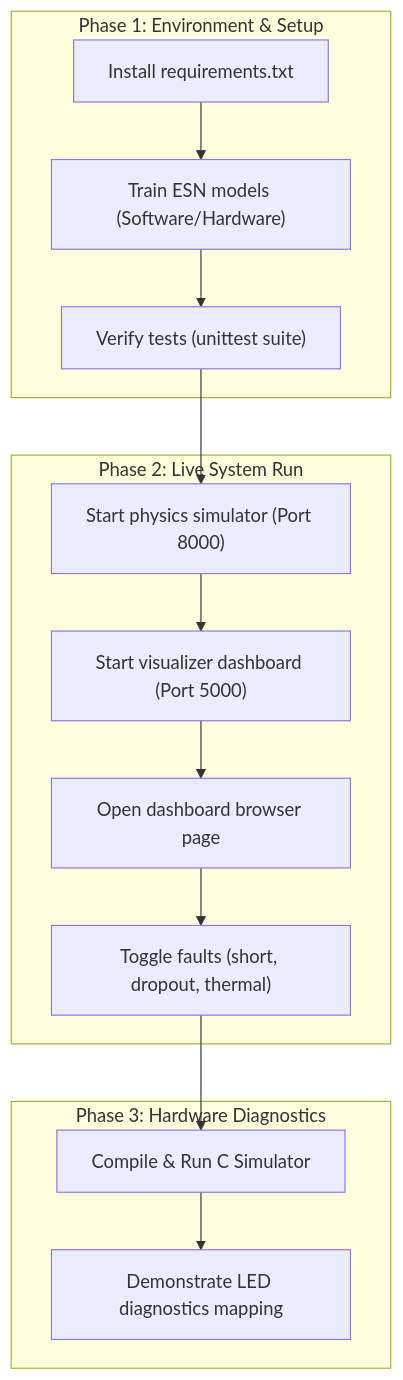
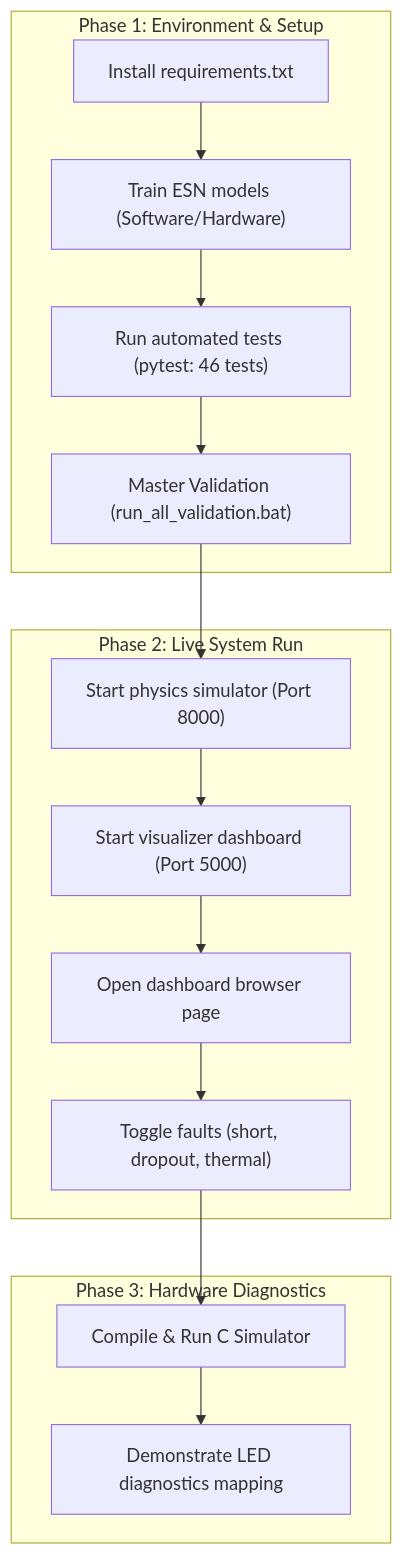
The diagram in docs/Resources/DEMO_CHECKLIST.md (tanish-jain-225/Battery_State_Estimator_BE_Project_2026_2027), drawn with Mermaid before and after one commit. The commit also changed other lines of this file and 36 other files, not shown here.

````diff
--- a/docs/Resources/DEMO_CHECKLIST.md
+++ b/docs/Resources/DEMO_CHECKLIST.md
@@ -15,29 +15,31 @@
 ```mermaid
 flowchart TD
     subgraph Phase 1: Environment & Setup
         Setup_1["Install requirements.txt"]
         Setup_2["Train ESN models (Software/Hardware)"]
-        Setup_3["Verify tests (unittest suite)"]
+        Setup_3["Run automated tests (pytest: 46 tests)"]
+        Setup_4["Master Validation (run_all_validation.bat)"]
         Setup_1 --> Setup_2
         Setup_2 --> Setup_3
+        Setup_3 --> Setup_4
     end
 
     subgraph Phase 2: Live System Run
         Run_1["Start physics simulator (Port 8000)"]
         Run_2["Start visualizer dashboard (Port 5000)"]
         Run_3["Open dashboard browser page"]
         Run_4["Toggle faults (short, dropout, thermal)"]
         Run_1 --> Run_2
         Run_2 --> Run_3
         Run_3 --> Run_4
     end
 
     subgraph Phase 3: Hardware Diagnostics
         HW_1["Compile & Run C Simulator"]
         HW_2["Demonstrate LED diagnostics mapping"]
         HW_1 --> HW_2
     end
 
-    Setup_3 --> Run_1
+    Setup_4 --> Run_1
     Run_4 --> HW_1
 ```
````
